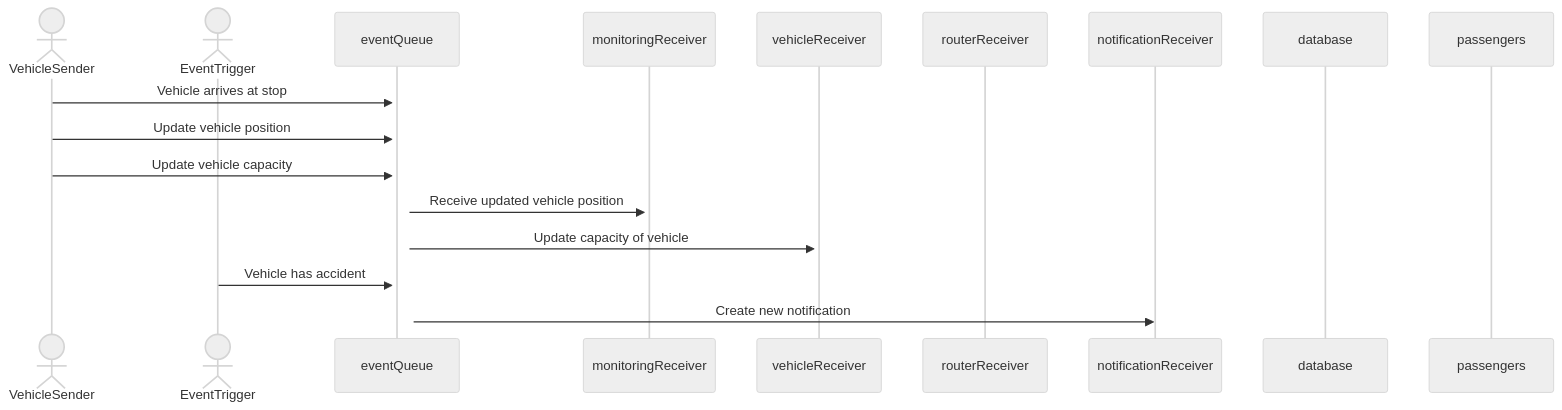
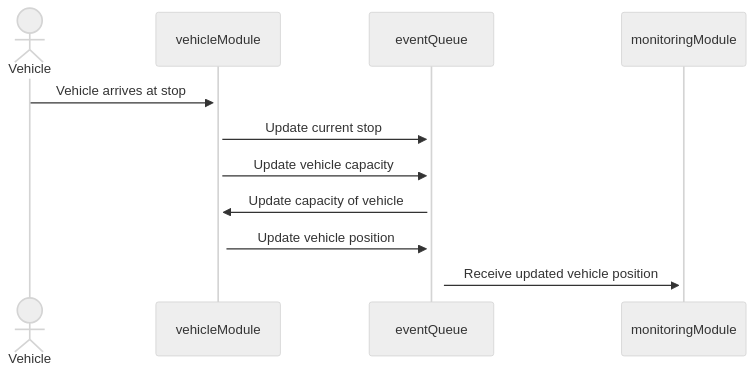
One commit to MoveSmartGFT/bus-data-manager-new changed the second of 3 diagrams in docs/Diagram.md. Above: the diagram before and after it, drawn with Mermaid (neutral theme). The commit also changed other lines of this file, not shown here.

Commit message:
-Updated diagram

````diff
--- a/docs/Diagram.md
+++ b/docs/Diagram.md
@@ -201,28 +201,21 @@
 ```mermaid
 sequenceDiagram
-    actor VehicleSender
-    actor EventTrigger
-    
+    actor Vehicle
+    participant vehicleModule
     participant eventQueue
-    participant monitoringReceiver
-    participant vehicleReceiver
-    participant routerReceiver
-    participant notificationReceiver
-    participant database
-    participant passengers
+    participant monitoringModule
 
 
-    VehicleSender ->> +eventQueue: Vehicle arrives at stop
-    VehicleSender ->> +eventQueue: Update vehicle position
-    VehicleSender ->> +eventQueue: Update vehicle capacity
+    Vehicle ->> +vehicleModule: Vehicle arrives at stop
+    vehicleModule ->> +eventQueue: Update current stop
+    vehicleModule ->> +eventQueue: Update vehicle capacity
+    eventQueue ->> +vehicleModule: Update capacity of vehicle
+
+    vehicleModule ->> +eventQueue: Update vehicle position
+    eventQueue ->> +monitoringModule: Receive updated vehicle position
     
-    eventQueue ->> +monitoringReceiver: Receive updated vehicle position
-    eventQueue ->> +vehicleReceiver: Update capacity of vehicle
-    
-    EventTrigger ->> +eventQueue: Vehicle has accident
-    eventQueue ->> notificationReceiver: Create new notification
     #-accidentes
     #-cuando bus llega a una parada
-    #bus a punto de llegar a parada (alerta a usuario)
+    #-bus a punto de llegar a parada (alerta a usuario)
     #-bus actualiza qué tan ocupado está
 ```
````
